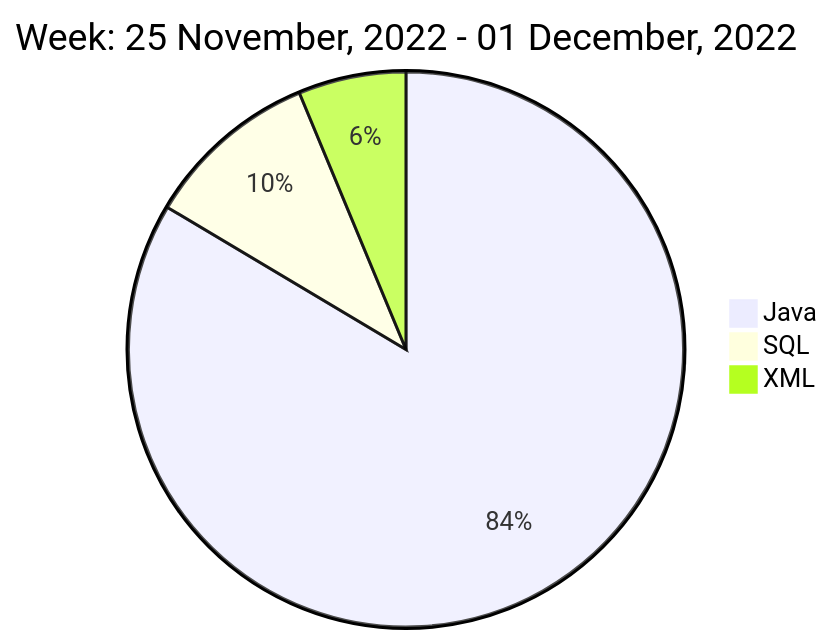
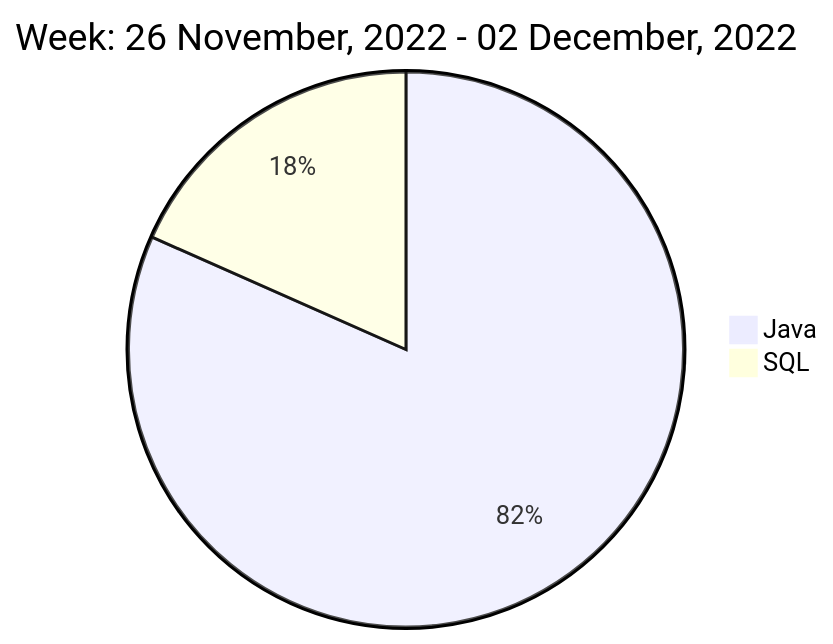
One commit to liubin95/liubin95 changed the diagram in README.md. Above: the diagram before and after it, drawn with Mermaid.

Commit message:
Updated the Graph with new Metrics

````diff
--- a/README.md
+++ b/README.md
@@ -40,7 +40,6 @@
 ```mermaid
  pie
-title Week: 25 November, 2022 - 01 December, 2022
- "Java" : 16.0
- "SQL" : 1.95
- "XML" : 1.2
+title Week: 26 November, 2022 - 02 December, 2022
+ "Java" : 15.02
+ "SQL" : 3.38
 ```
````
